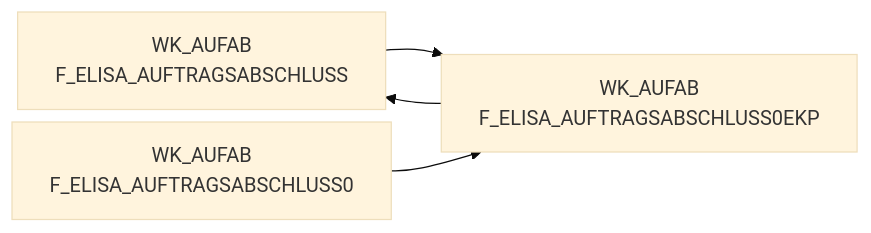
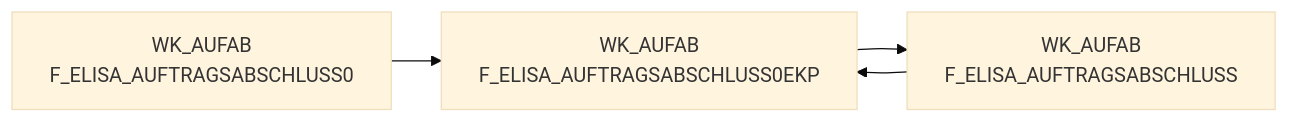
Before and after one commit to integration-factory-de/sas_code_docs: the diagram in docs/Tables/WK_AUFAB/F_ELISA_AUFTRAGSABSCHLUSS0EKP.md, drawn with Mermaid (base theme). The commit also changed other lines of this file and 129 other files, not shown here.

````diff
--- a/docs/Tables/WK_AUFAB/F_ELISA_AUFTRAGSABSCHLUSS0EKP.md
+++ b/docs/Tables/WK_AUFAB/F_ELISA_AUFTRAGSABSCHLUSS0EKP.md
@@ -9,15 +20,15 @@
 ```mermaid
 %%{init: {'flowchart': { 'nodeSpacing': 10, 'rankSpacing': 40, 'rankdir': 'TB' }}}%%
 
 flowchart LR
 
+  WK_AUFAB.F_ELISA_AUFTRAGSABSCHLUSS0["WK_AUFAB<br/>F_ELISA_AUFTRAGSABSCHLUSS0"] --> WK_AUFAB.F_ELISA_AUFTRAGSABSCHLUSS0EKP["WK_AUFAB<br/>F_ELISA_AUFTRAGSABSCHLUSS0EKP"]
   WK_AUFAB.F_ELISA_AUFTRAGSABSCHLUSS["WK_AUFAB<br/>F_ELISA_AUFTRAGSABSCHLUSS"] --> WK_AUFAB.F_ELISA_AUFTRAGSABSCHLUSS0EKP["WK_AUFAB<br/>F_ELISA_AUFTRAGSABSCHLUSS0EKP"]
   WK_AUFAB.F_ELISA_AUFTRAGSABSCHLUSS0EKP["WK_AUFAB<br/>F_ELISA_AUFTRAGSABSCHLUSS0EKP"] --> WK_AUFAB.F_ELISA_AUFTRAGSABSCHLUSS["WK_AUFAB<br/>F_ELISA_AUFTRAGSABSCHLUSS"]
-  WK_AUFAB.F_ELISA_AUFTRAGSABSCHLUSS0["WK_AUFAB<br/>F_ELISA_AUFTRAGSABSCHLUSS0"] --> WK_AUFAB.F_ELISA_AUFTRAGSABSCHLUSS0EKP["WK_AUFAB<br/>F_ELISA_AUFTRAGSABSCHLUSS0EKP"]
+  click WK_AUFAB.F_ELISA_AUFTRAGSABSCHLUSS0 "../../tables/WK_AUFAB/F_ELISA_AUFTRAGSABSCHLUSS0"
   click WK_AUFAB.F_ELISA_AUFTRAGSABSCHLUSS "../../tables/WK_AUFAB/F_ELISA_AUFTRAGSABSCHLUSS"
   click WK_AUFAB.F_ELISA_AUFTRAGSABSCHLUSS0EKP "../../tables/WK_AUFAB/F_ELISA_AUFTRAGSABSCHLUSS0EKP"
-  click WK_AUFAB.F_ELISA_AUFTRAGSABSCHLUSS0 "../../tables/WK_AUFAB/F_ELISA_AUFTRAGSABSCHLUSS0"
+  click WK_AUFAB.F_ELISA_AUFTRAGSABSCHLUSS0EKP "../../tables/WK_AUFAB/F_ELISA_AUFTRAGSABSCHLUSS0EKP"
   click WK_AUFAB.F_ELISA_AUFTRAGSABSCHLUSS0EKP "../../tables/WK_AUFAB/F_ELISA_AUFTRAGSABSCHLUSS0EKP"
   click WK_AUFAB.F_ELISA_AUFTRAGSABSCHLUSS "../../tables/WK_AUFAB/F_ELISA_AUFTRAGSABSCHLUSS"
-  click WK_AUFAB.F_ELISA_AUFTRAGSABSCHLUSS0EKP "../../tables/WK_AUFAB/F_ELISA_AUFTRAGSABSCHLUSS0EKP"
 ```
````
